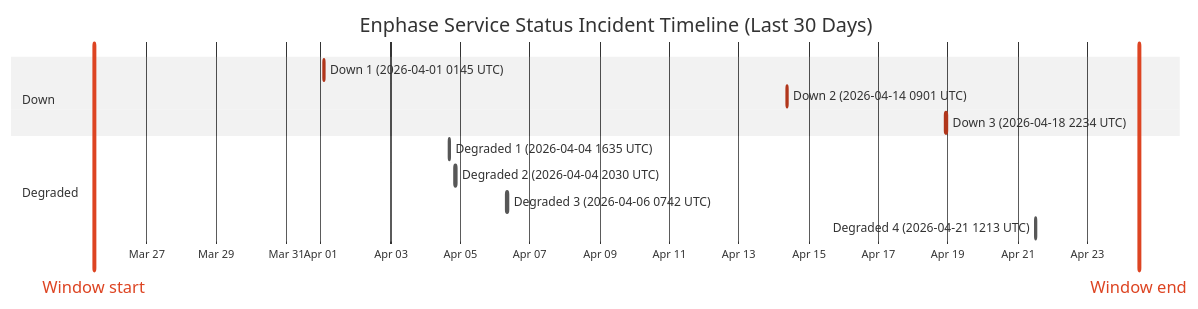
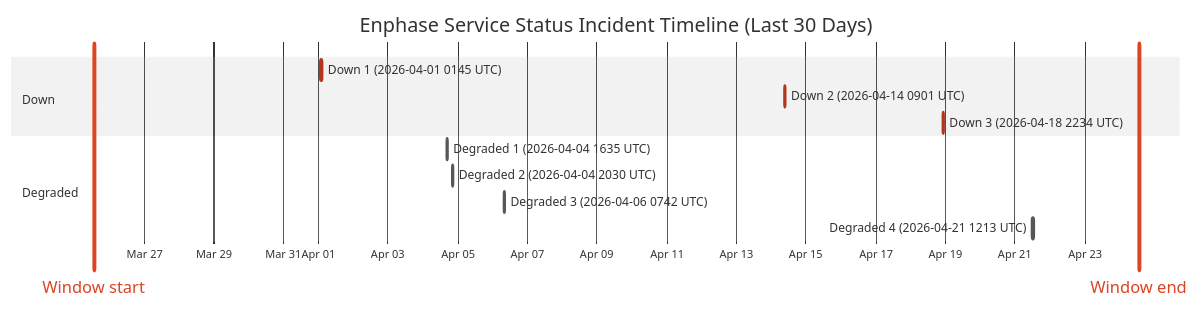
One commit to barneyonline/ha-enphase-ev-charger changed the diagram in wiki/Service-Status-History.md. Above: the diagram before and after it, drawn with Mermaid (neutral theme). The commit also changed other lines of this file and 3 other files, not shown here.

````diff
--- a/wiki/Service-Status-History.md
+++ b/wiki/Service-Status-History.md
@@ -14,17 +14,17 @@
 ```mermaid
 gantt
     title Enphase Service Status Incident Timeline (Last 30 Days)
     dateFormat  YYYY-MM-DDTHH:mm:ss
     axisFormat  %b %d
-    Window start :vert, window-start, 2026-03-25T11:39:18, 0ms
-    Window end :vert, window-end, 2026-04-24T11:39:18, 0ms
+    Window start :vert, window-start, 2026-03-25T13:22:17, 0ms
+    Window end :vert, window-end, 2026-04-24T13:22:17, 0ms
     section Down
     Down 1 (2026-04-01 0145 UTC) :crit, down-1, 2026-04-01T01:45:09, 60m
     Down 2 (2026-04-14 0901 UTC) :crit, down-2, 2026-04-14T09:01:13, 60m
     Down 3 (2026-04-18 2234 UTC) :crit, down-3, 2026-04-18T22:34:13, 60m
     section Degraded
     Degraded 1 (2026-04-04 1635 UTC) :active, degraded-1, 2026-04-04T16:35:17, 60m
     Degraded 2 (2026-04-04 2030 UTC) :active, degraded-2, 2026-04-04T20:30:40, 60m
     Degraded 3 (2026-04-06 0742 UTC) :active, degraded-3, 2026-04-06T07:42:09, 85m
     Degraded 4 (2026-04-21 1213 UTC) :active, degraded-4, 2026-04-21T12:13:11, 60m
 ```
````
